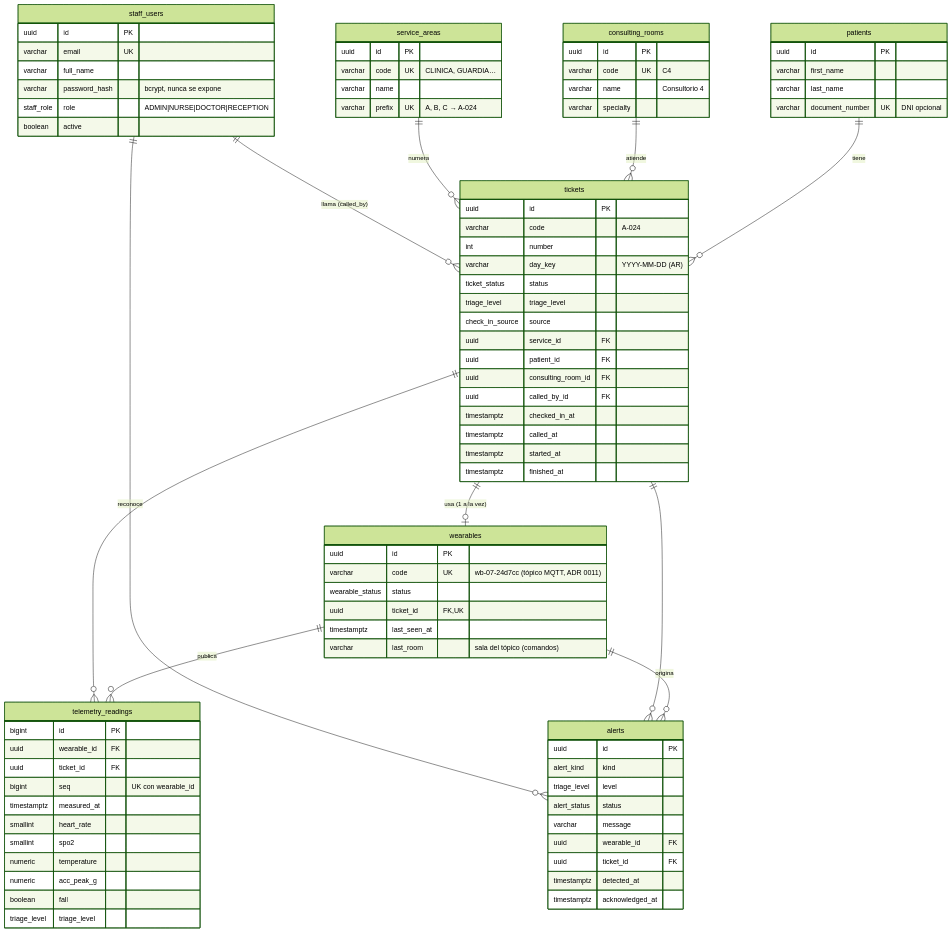
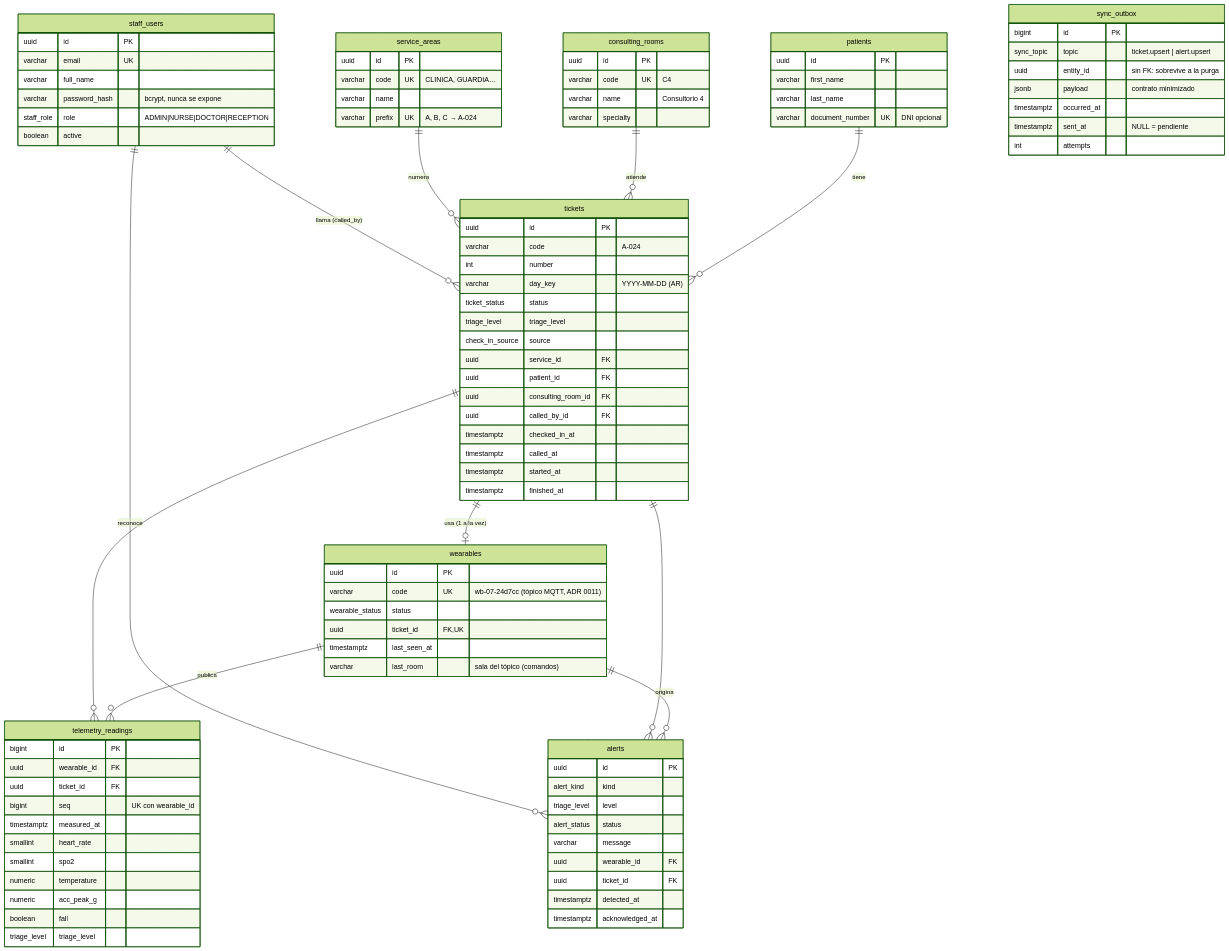
One commit to GastMolina267/pti-monorepo changed the diagram in docs/08-modelo-datos.md. Above: the diagram before and after it, drawn with Mermaid (forest theme). The commit also changed other lines of this file and 11 other files, not shown here.

First line of the commit message:
docs: fase 5 — ADR 0018, validación con números y roadmap

````diff
--- a/docs/08-modelo-datos.md
+++ b/docs/08-modelo-datos.md
@@ -92,4 +92,13 @@
     timestamptz detected_at
     timestamptz acknowledged_at
   }
+  sync_outbox {
+    bigint id PK
+    sync_topic topic "ticket.upsert | alert.upsert"
+    uuid entity_id "sin FK: sobrevive a la purga"
+    jsonb payload "contrato minimizado"
+    timestamptz occurred_at
+    timestamptz sent_at "NULL = pendiente"
+    int attempts
+  }
 ```
````
